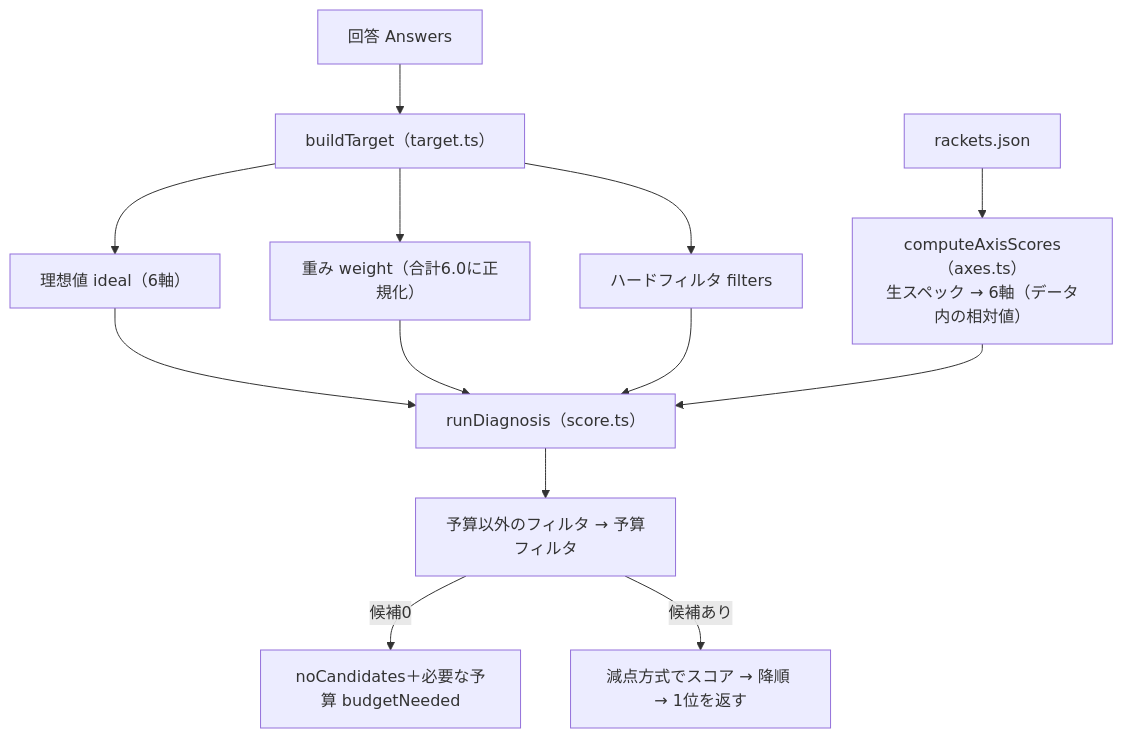
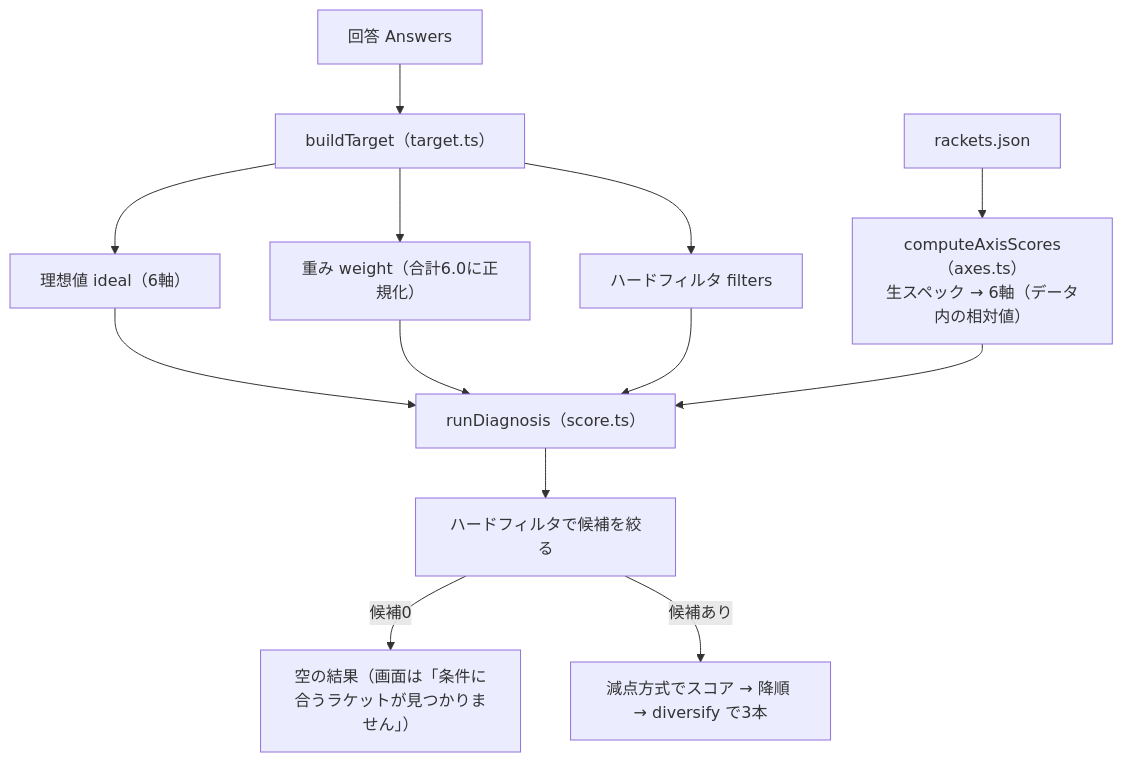
One commit to kzkOasis/racket-finder changed the second of 2 diagrams in docs/design.md. Above: the diagram before and after it, drawn with Mermaid. The commit also changed other lines of this file and 14 other files, not shown here.

````diff
--- a/docs/design.md
+++ b/docs/design.md
@@ -166,15 +167,15 @@
 ```mermaid
 flowchart TD
   A["回答 Answers"] --> T["buildTarget（target.ts）"]
   T --> I["理想値 ideal（6軸）"]
   T --> W["重み weight（合計6.0に正規化）"]
   T --> F["ハードフィルタ filters"]
   D["rackets.json"] --> X["computeAxisScores（axes.ts）<br/>生スペック → 6軸（データ内の相対値）"]
   F --> S["runDiagnosis（score.ts）"]
   X --> S
   I --> S
   W --> S
-  S --> R1["予算以外のフィルタ → 予算フィルタ"]
-  R1 -- 候補0 --> N["noCandidates＋必要な予算 budgetNeeded"]
-  R1 -- 候補あり --> SC["減点方式でスコア → 降順 → 1位を返す"]
+  S --> R1["ハードフィルタで候補を絞る"]
+  R1 -- 候補0 --> N["空の結果（画面は「条件に合うラケットが見つかりません」）"]
+  R1 -- 候補あり --> SC["減点方式でスコア → 降順 → diversify で3本"]
 ```
````
